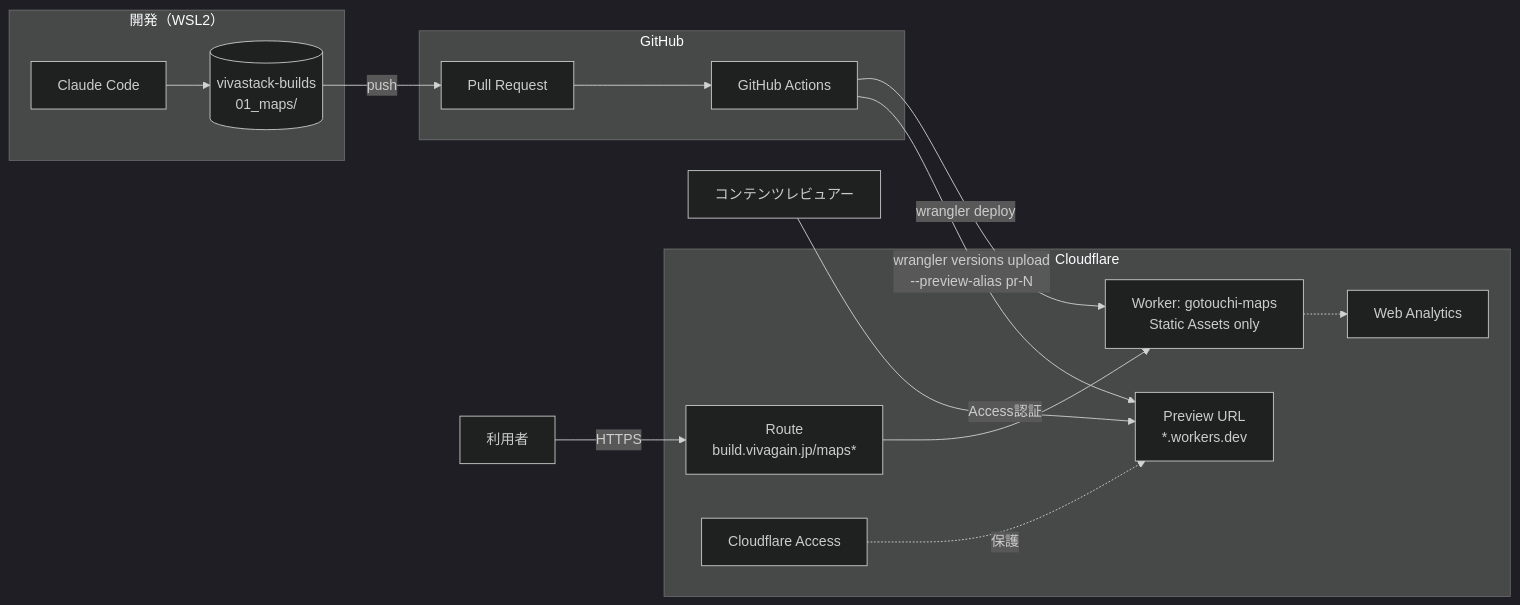
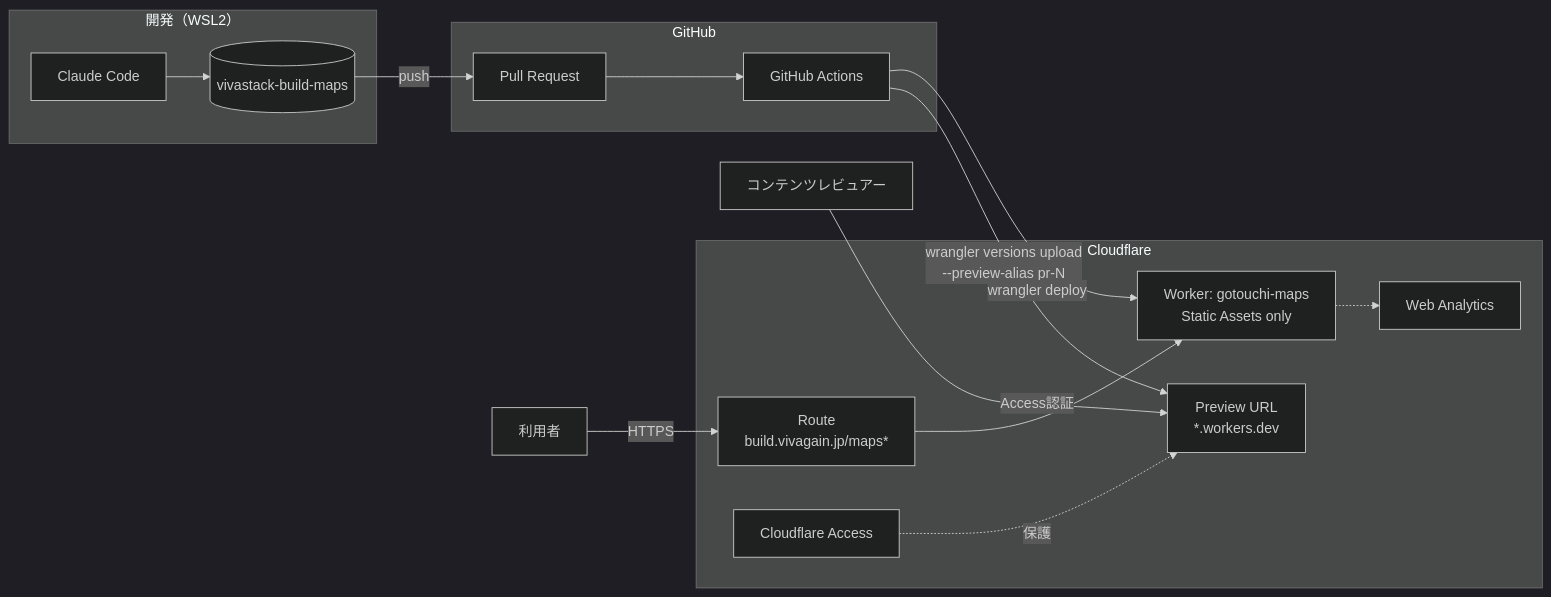
The first of 5 diagrams in docs/development-overview.md (vivastack-labs/vivastack-build-maps), drawn with Mermaid (dark theme) before and after one commit. The commit also changed other lines of this file, not shown here.

First line of the commit message:
docs: align development overview with vivastack-build-maps repo

````diff
--- a/docs/development-overview.md
+++ b/docs/development-overview.md
@@ -250,31 +252,31 @@
 ```mermaid
 flowchart LR
   subgraph Dev["開発（WSL2）"]
     CC[Claude Code]
-    REPO[(vivastack-builds<br/>01_maps/)]
+    REPO[(vivastack-build-maps)]
     CC --> REPO
   end
 
   subgraph GH["GitHub"]
     PR[Pull Request]
     GA[GitHub Actions]
     PR --> GA
   end
 
   subgraph CF["Cloudflare"]
     W["Worker: gotouchi-maps<br/>Static Assets only"]
     R["Route<br/>build.vivagain.jp/maps*"]
     V["Preview URL<br/>*.workers.dev"]
     ACC[Cloudflare Access]
     WA[Web Analytics]
     R --> W
     ACC -.保護.-> V
   end
 
   REPO -->|push| PR
   GA -->|"wrangler versions upload<br/>--preview-alias pr-N"| V
   GA -->|wrangler deploy| W
   U[利用者] -->|HTTPS| R
   RV[コンテンツレビュアー] -->|Access認証| V
   W -.-> WA
 ```
````
